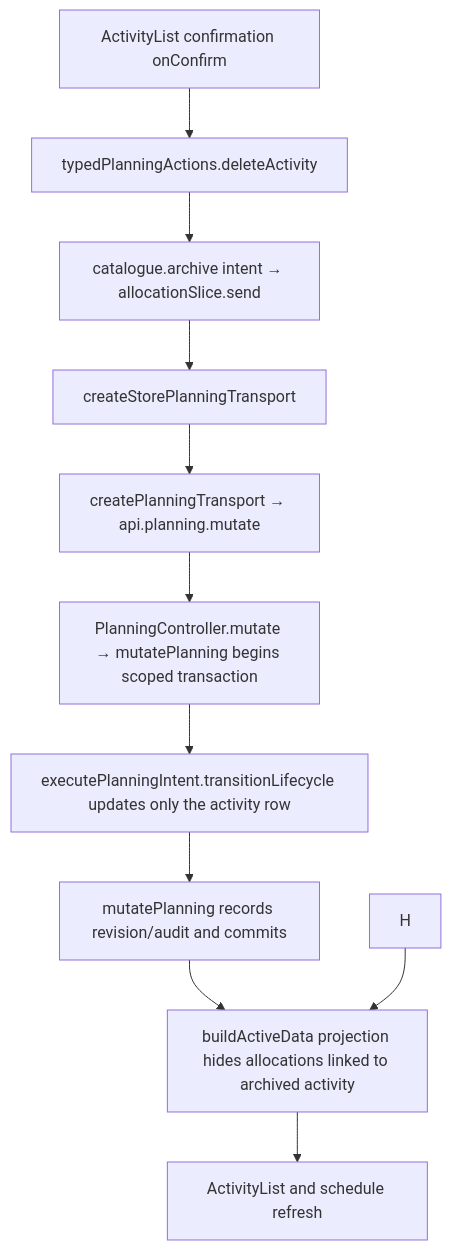
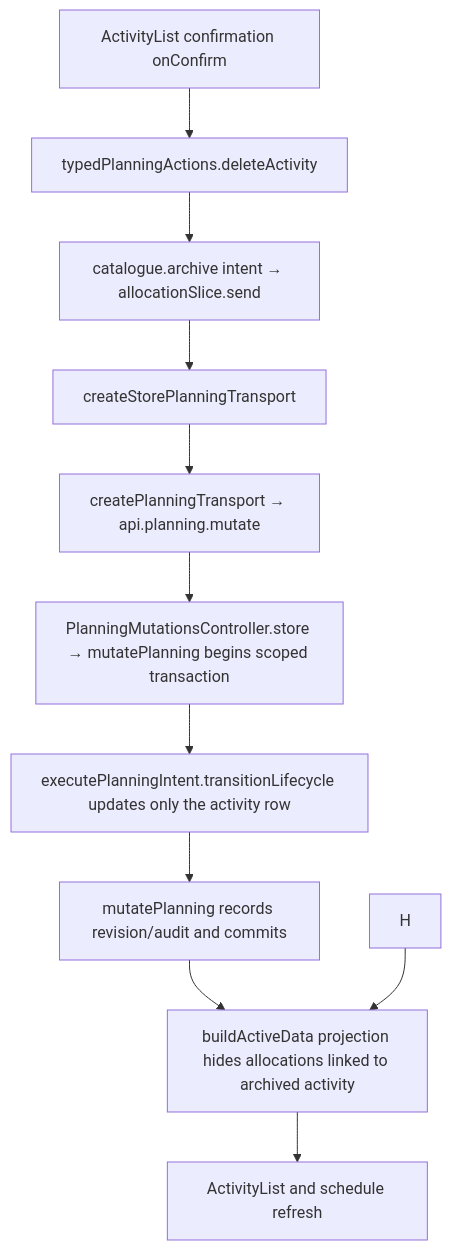
The second of 2 diagrams in user-stories/activities/US-ACT-04-delete-activity-cascade.md (Kevinjohn/capacitylens), drawn with Mermaid before and after one commit. The commit also changed other lines of this file and 139 other files, not shown here.

````diff
--- a/user-stories/activities/US-ACT-04-delete-activity-cascade.md
+++ b/user-stories/activities/US-ACT-04-delete-activity-cascade.md
@@ -30,8 +30,8 @@
 ```mermaid
 flowchart TD
   A["ActivityList confirmation onConfirm"] --> B["typedPlanningActions.deleteActivity"] --> C["catalogue.archive intent → allocationSlice.send"]
   C --> D["createStorePlanningTransport"]
-  D --> E["createPlanningTransport → api.planning.mutate"] --> F["PlanningController.mutate → mutatePlanning begins scoped transaction"] --> G["executePlanningIntent.transitionLifecycle updates only the activity row"] --> K["mutatePlanning records revision/audit and commits"]
+  D --> E["createPlanningTransport → api.planning.mutate"] --> F["PlanningMutationsController.store → mutatePlanning begins scoped transaction"] --> G["executePlanningIntent.transitionLifecycle updates only the activity row"] --> K["mutatePlanning records revision/audit and commits"]
   K --> L["buildActiveData projection hides allocations linked to archived activity"] --> I["ActivityList and schedule refresh"]
   H --> L
 ```
````
